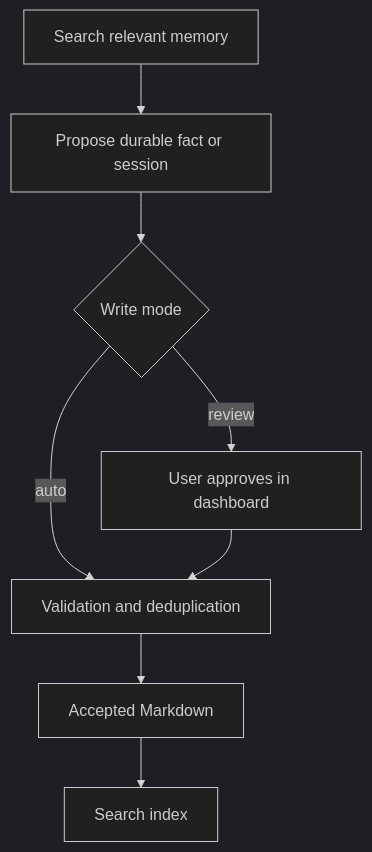
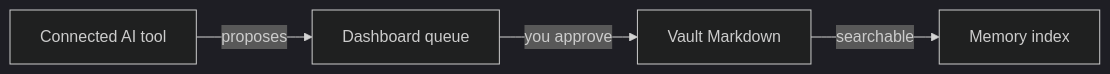
The diagram in docs/USAGE.md (vib28/ai-memory-hub), drawn with Mermaid (dark theme) before and after one commit. The commit also changed other lines of this file and 11 other files, not shown here.

````diff
--- a/docs/USAGE.md
+++ b/docs/USAGE.md
@@ -21,10 +11,6 @@
 ```mermaid
-flowchart TD
-    Search[Search relevant memory] --> Propose[Propose durable fact or session]
-    Propose --> Review{Write mode}
-    Review -->|review| Approve[User approves in dashboard]
-    Review -->|auto| Accept[Validation and deduplication]
-    Approve --> Accept
-    Accept --> Markdown[Accepted Markdown]
-    Markdown --> Reindex[Search index]
+flowchart LR
+    A[Connected AI tool] -->|proposes| B[Dashboard queue]
+    B -->|you approve| C[Vault Markdown]
+    C -->|searchable| D[Memory index]
 ```
````
